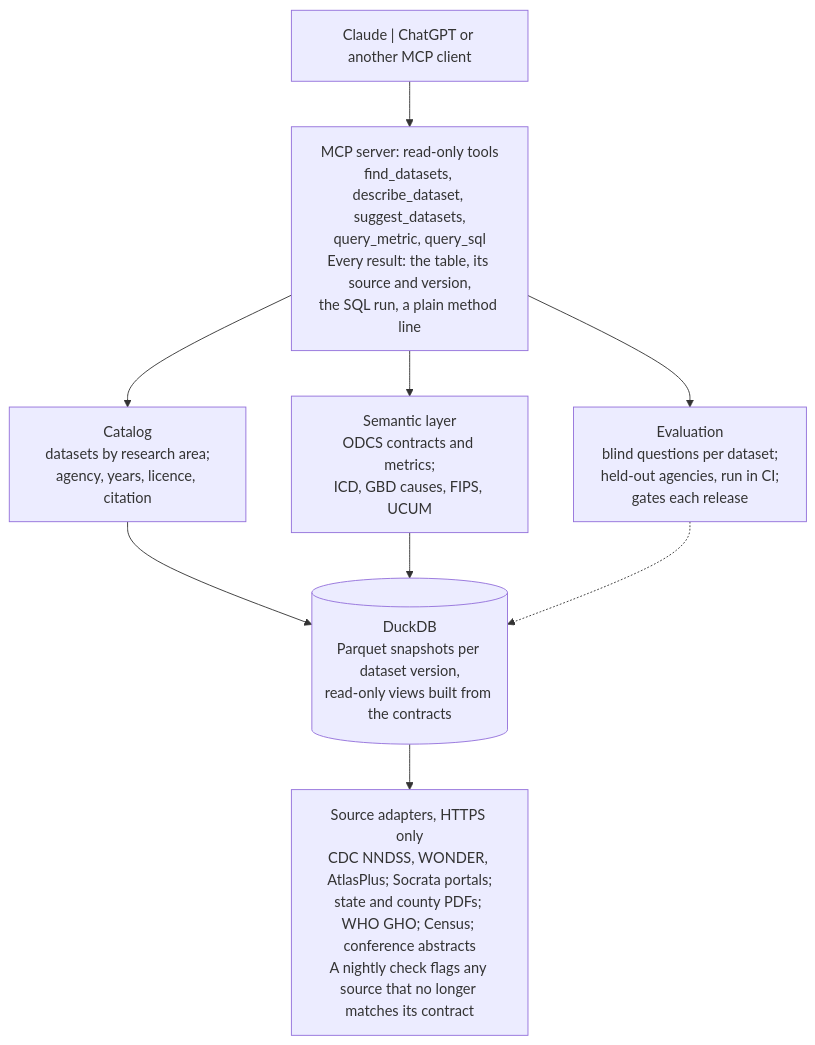
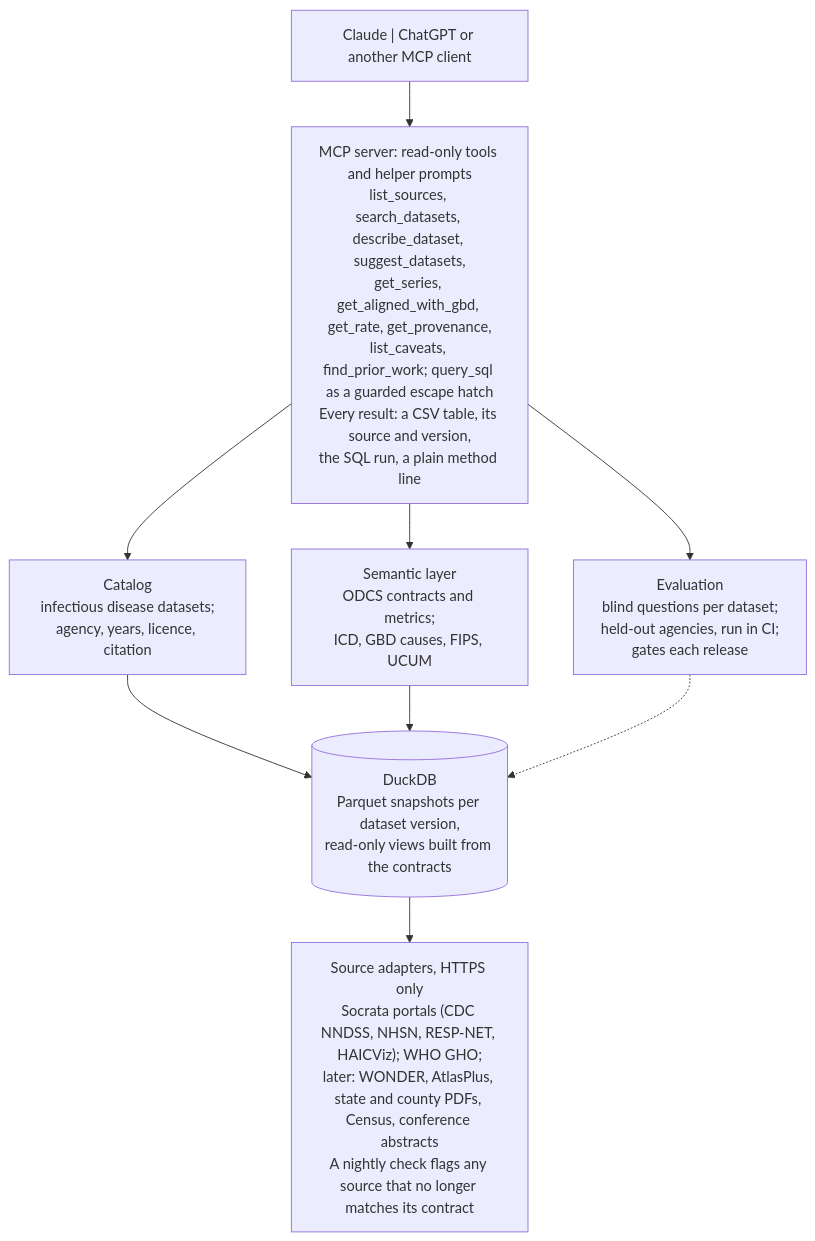
The first of 2 diagrams in docs/architecture.md (jtouley/health-data-registry), drawn with Mermaid before and after one commit. The commit also changed other lines of this file and 70 other files, not shown here.

````diff
--- a/docs/architecture.md
+++ b/docs/architecture.md
@@ -9,19 +9,19 @@
 ```mermaid
 flowchart TB
     clients["Claude | ChatGPT or another MCP client"]
-    server["MCP server: read-only tools<br/>find_datasets, describe_dataset, suggest_datasets,<br/>query_metric, query_sql<br/>Every result: the table, its source and version,<br/>the SQL run, a plain method line"]
-    catalog["Catalog<br/>datasets by research area;<br/>agency, years, licence, citation"]
+    server["MCP server: read-only tools and helper prompts<br/>list_sources, search_datasets, describe_dataset, suggest_datasets,<br/>get_series, get_aligned_with_gbd, get_rate, get_provenance,<br/>list_caveats, find_prior_work; query_sql as a guarded escape hatch<br/>Every result: a CSV table, its source and version,<br/>the SQL run, a plain method line"]
+    catalog["Catalog<br/>infectious disease datasets;<br/>agency, years, licence, citation"]
     semantic["Semantic layer<br/>ODCS contracts and metrics;<br/>ICD, GBD causes, FIPS, UCUM"]
     evaluation["Evaluation<br/>blind questions per dataset;<br/>held-out agencies, run in CI;<br/>gates each release"]
     duckdb[("DuckDB<br/>Parquet snapshots per dataset version,<br/>read-only views built from the contracts")]
-    adapters["Source adapters, HTTPS only<br/>CDC NNDSS, WONDER, AtlasPlus; Socrata portals;<br/>state and county PDFs; WHO GHO; Census; conference abstracts<br/>A nightly check flags any source that no longer matches its contract"]
+    adapters["Source adapters, HTTPS only<br/>Socrata portals (CDC NNDSS, NHSN, RESP-NET, HAICViz); WHO GHO;<br/>later: WONDER, AtlasPlus, state and county PDFs, Census, conference abstracts<br/>A nightly check flags any source that no longer matches its contract"]
 
     clients --> server
     server --> catalog
     server --> semantic
     server --> evaluation
     catalog --> duckdb
     semantic --> duckdb
     evaluation -.-> duckdb
     duckdb --> adapters
 ```
````
